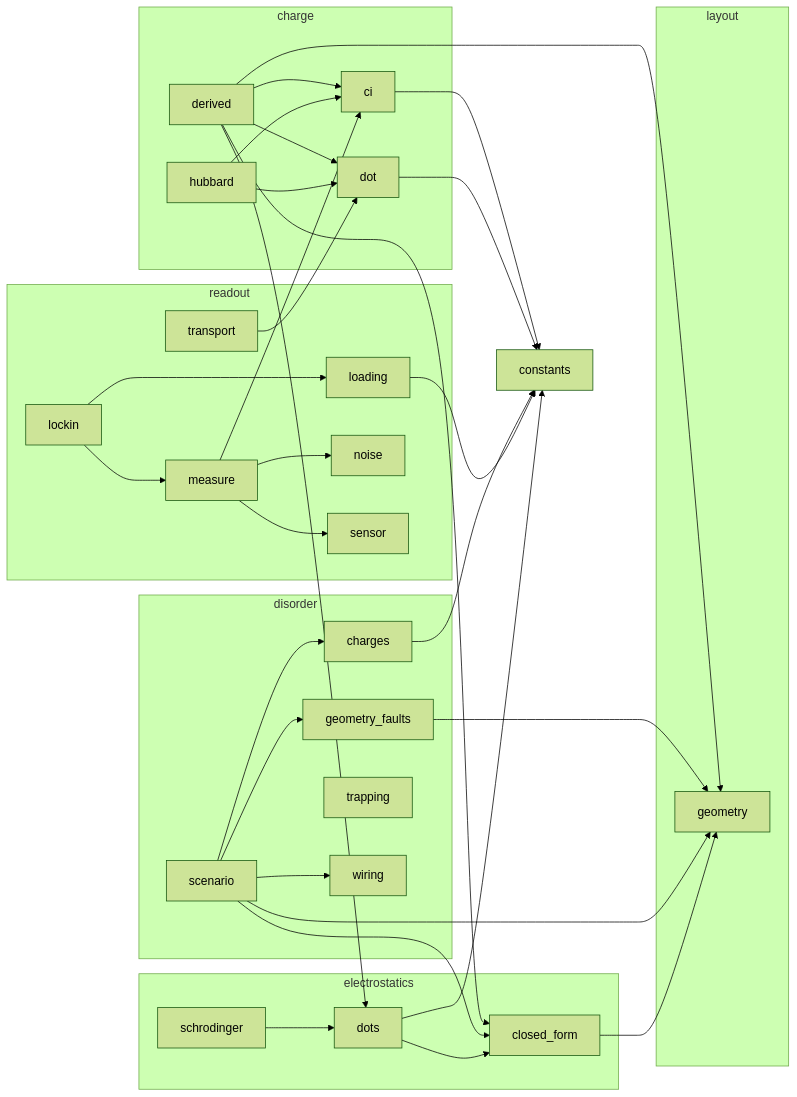
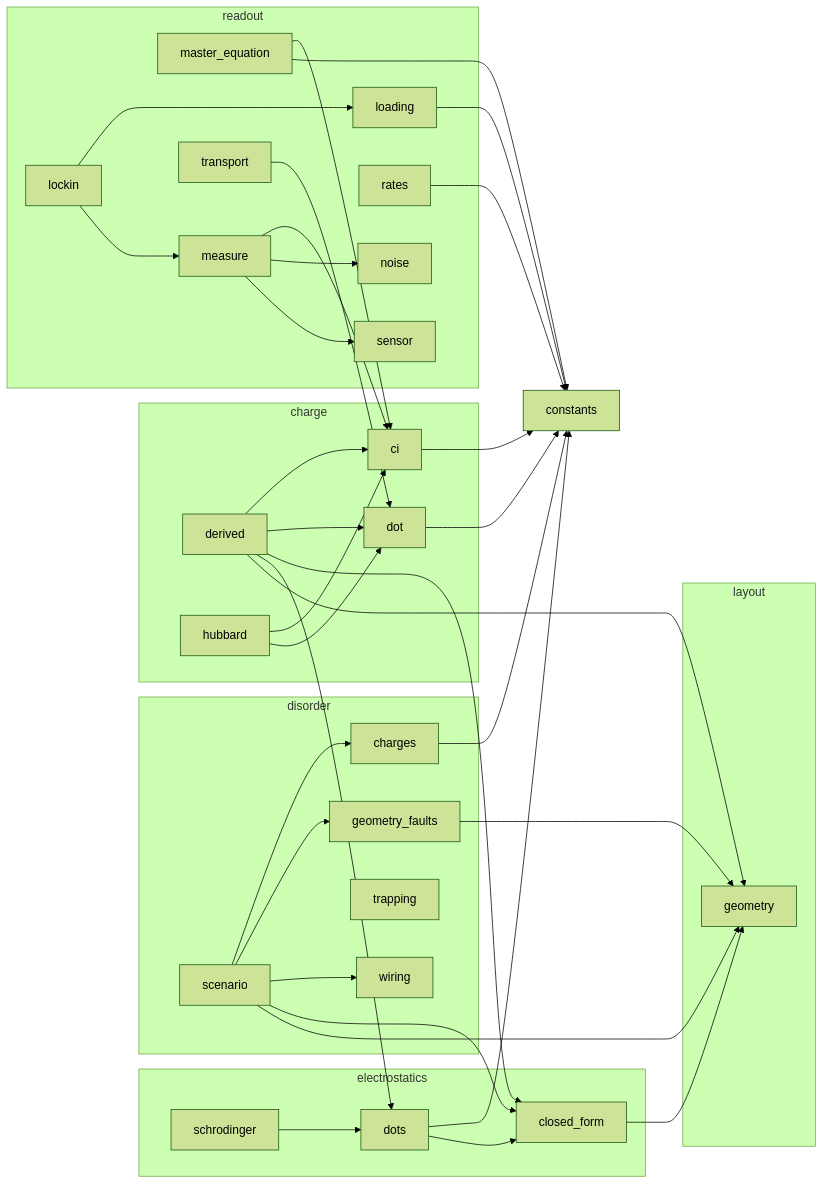
The second of 2 diagrams in docs/MODELS.md (CowboyQuantum/phantom), drawn with Mermaid (forest theme) before and after one commit. The commit also changed other lines of this file and 36 other files, not shown here.

````diff
--- a/docs/MODELS.md
+++ b/docs/MODELS.md
@@ -128,59 +142,64 @@
 ```mermaid
 flowchart LR
   subgraph layout
     layout_geometry["geometry"]
   end
   subgraph electrostatics
     electrostatics_closed_form["closed_form"]
     electrostatics_dots["dots"]
     electrostatics_schrodinger["schrodinger"]
   end
   subgraph disorder
     disorder_charges["charges"]
     disorder_geometry_faults["geometry_faults"]
     disorder_scenario["scenario"]
     disorder_trapping["trapping"]
     disorder_wiring["wiring"]
   end
   subgraph charge
     charge_ci["ci"]
     charge_derived["derived"]
     charge_dot["dot"]
     charge_hubbard["hubbard"]
   end
   subgraph readout
     readout_loading["loading"]
     readout_lockin["lockin"]
+    readout_master_equation["master_equation"]
     readout_measure["measure"]
     readout_noise["noise"]
+    readout_rates["rates"]
     readout_sensor["sensor"]
     readout_transport["transport"]
   end
   charge_ci --> constants
   charge_derived --> charge_ci
   charge_derived --> charge_dot
   charge_derived --> electrostatics_closed_form
   charge_derived --> electrostatics_dots
   charge_derived --> layout_geometry
   charge_dot --> constants
   charge_hubbard --> charge_ci
   charge_hubbard --> charge_dot
   disorder_charges --> constants
   disorder_geometry_faults --> layout_geometry
   disorder_scenario --> disorder_charges
   disorder_scenario --> disorder_geometry_faults
   disorder_scenario --> disorder_wiring
   disorder_scenario --> electrostatics_closed_form
   disorder_scenario --> layout_geometry
   electrostatics_closed_form --> layout_geometry
   electrostatics_dots --> constants
   electrostatics_dots --> electrostatics_closed_form
   electrostatics_schrodinger --> electrostatics_dots
   readout_loading --> constants
   readout_lockin --> readout_loading
   readout_lockin --> readout_measure
+  readout_master_equation --> charge_ci
+  readout_master_equation --> constants
   readout_measure --> charge_ci
   readout_measure --> readout_noise
   readout_measure --> readout_sensor
+  readout_rates --> constants
   readout_transport --> charge_dot
 ```
````
